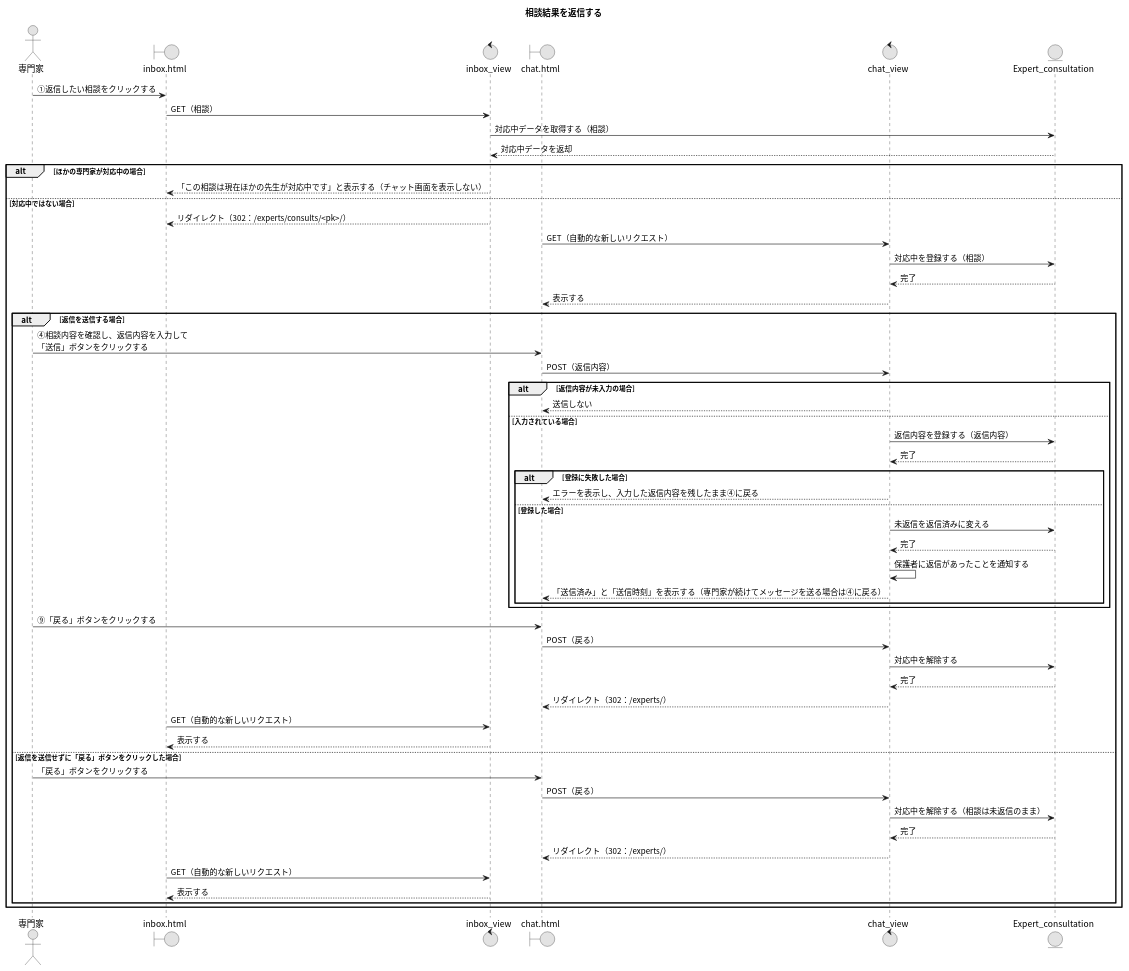
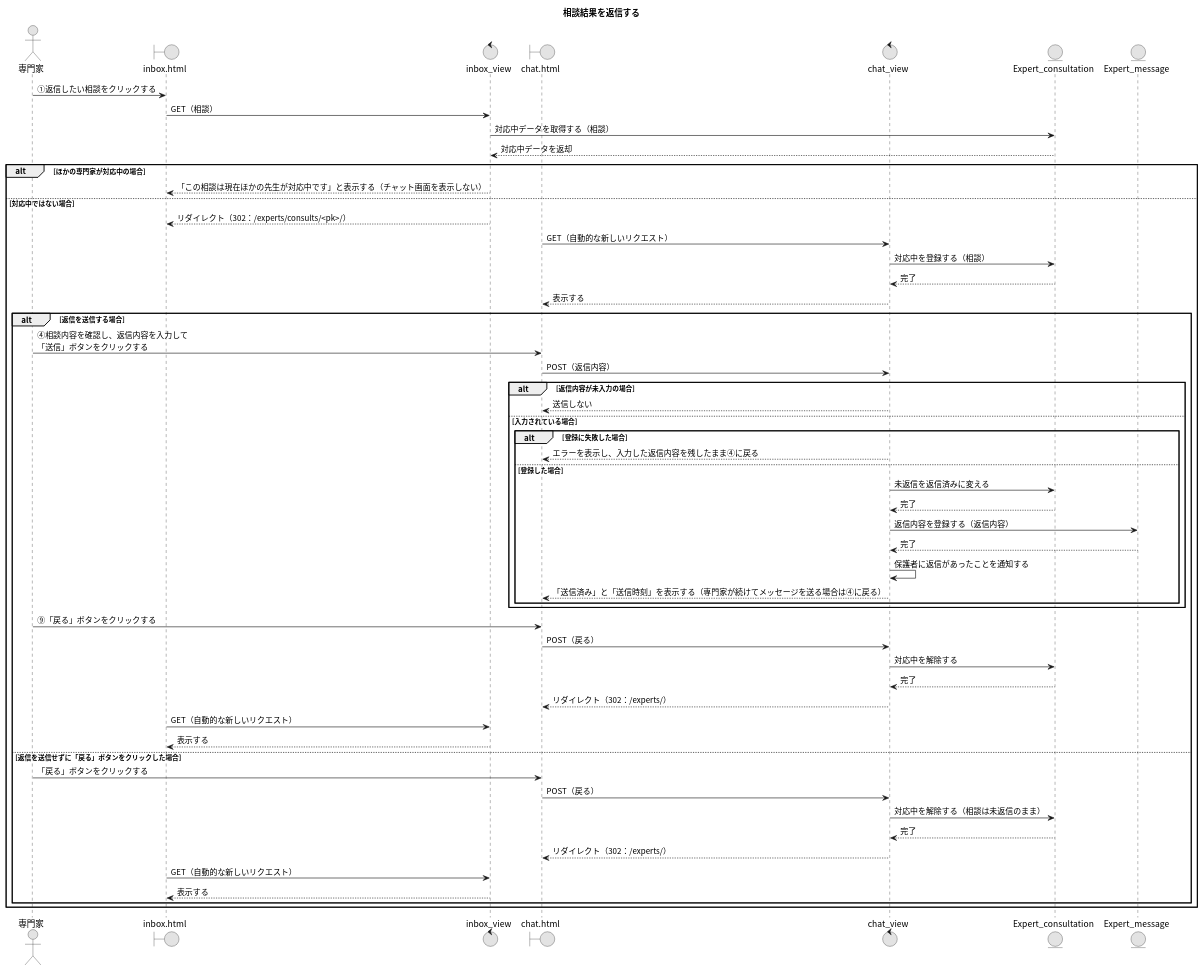
The diagram in 12_相談結果を返信する.puml (Ma2naga190330/26_sotugyou_puml), drawn with PlantUML before and after one commit. The commit also changed 1 other file, not shown here.

```diff
--- a/12_相談結果を返信する.puml
+++ b/12_相談結果を返信する.puml
@@ -1,60 +1,61 @@
 @startuml
 title 相談結果を返信する
 skinparam defaultFontName "Noto Sans CJK JP"
 skinparam monochrome true
 
 actor "専門家" as A
 boundary "inbox.html" as IBP
 control "inbox_view" as IBV
 boundary "chat.html" as CP
 control "chat_view" as CV
 entity "Expert_consultation" as ECSM
+entity "Expert_message" as EMM
 
 A -> IBP : ①返信したい相談をクリックする
 IBP -> IBV : GET（相談）
 IBV -> ECSM : 対応中データを取得する（相談）
 IBV <-- ECSM : 対応中データを返却
 alt ほかの専門家が対応中の場合
   IBV --> IBP : 「この相談は現在ほかの先生が対応中です」と表示する（チャット画面を表示しない）
 else 対応中ではない場合
   IBV --> IBP : リダイレクト（302：/experts/consults/<pk>/）
   CP -> CV : GET（自動的な新しいリクエスト）
   CV -> ECSM : 対応中を登録する（相談）
   CV <-- ECSM : 完了
   CV --> CP : 表示する
 
   alt 返信を送信する場合
     A -> CP : ④相談内容を確認し、返信内容を入力して\n「送信」ボタンをクリックする
     CP -> CV : POST（返信内容）
     alt 返信内容が未入力の場合
       CV --> CP : 送信しない
     else 入力されている場合
-      CV -> ECSM : 返信内容を登録する（返信内容）
-      CV <-- ECSM : 完了
       alt 登録に失敗した場合
         CV --> CP : エラーを表示し、入力した返信内容を残したまま④に戻る
       else 登録した場合
         CV -> ECSM : 未返信を返信済みに変える
         CV <-- ECSM : 完了
+        CV -> EMM : 返信内容を登録する（返信内容）
+        CV <-- EMM : 完了
         CV -> CV : 保護者に返信があったことを通知する
         CV --> CP : 「送信済み」と「送信時刻」を表示する（専門家が続けてメッセージを送る場合は④に戻る）
       end
     end
     A -> CP : ⑨「戻る」ボタンをクリックする
     CP -> CV : POST（戻る）
     CV -> ECSM : 対応中を解除する
     CV <-- ECSM : 完了
     CV --> CP : リダイレクト（302：/experts/）
     IBP -> IBV : GET（自動的な新しいリクエスト）
     IBV --> IBP : 表示する
   else 返信を送信せずに「戻る」ボタンをクリックした場合
     A -> CP : 「戻る」ボタンをクリックする
     CP -> CV : POST（戻る）
     CV -> ECSM : 対応中を解除する（相談は未返信のまま）
     CV <-- ECSM : 完了
     CV --> CP : リダイレクト（302：/experts/）
     IBP -> IBV : GET（自動的な新しいリクエスト）
     IBV --> IBP : 表示する
   end
 end
 @enduml
```
